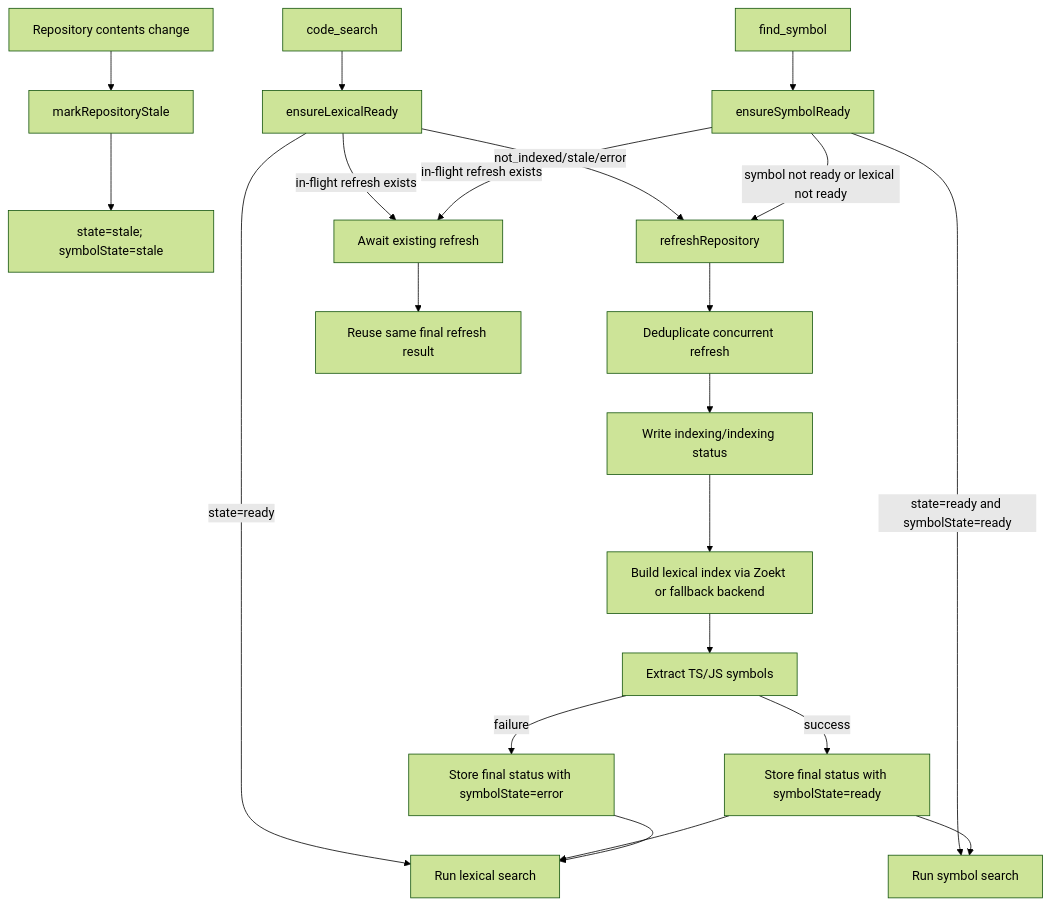
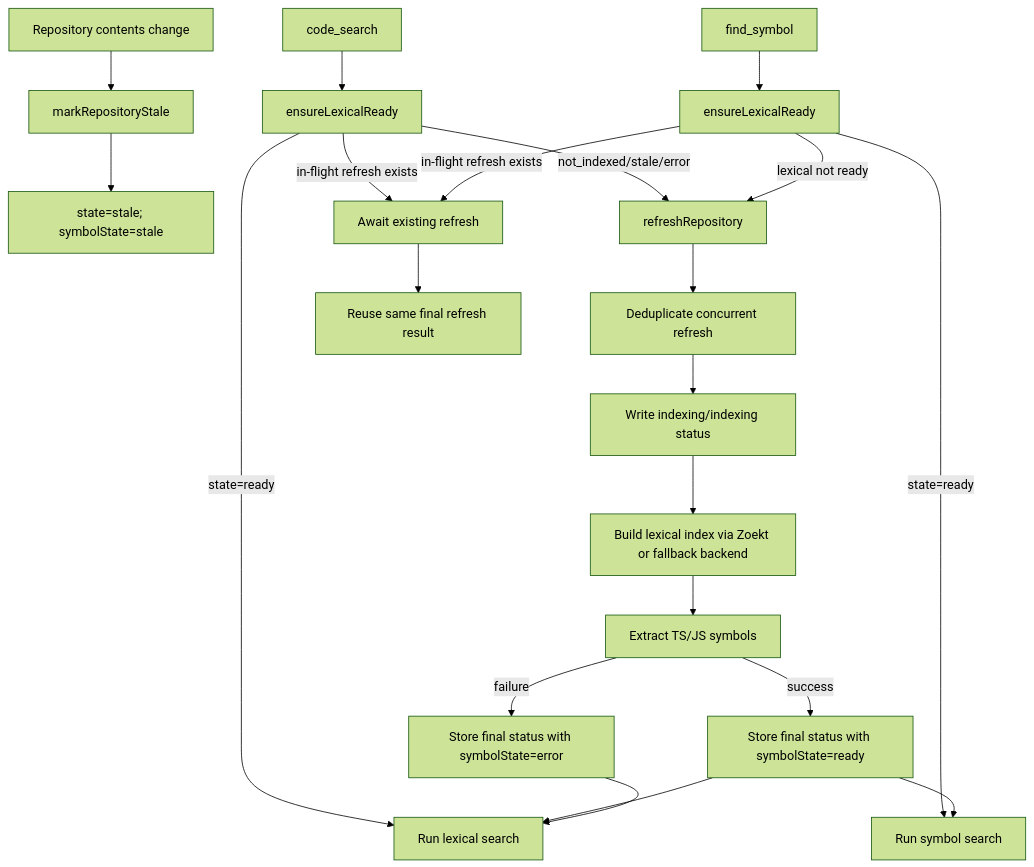
One commit to cAtAphrACtCtl/CodeAtlas changed the first of 2 diagrams in docs/architecture.md. Above: the diagram before and after it, drawn with Mermaid (forest theme). The commit also changed other lines of this file and 9 other files, not shown here.

````diff
--- a/docs/architecture.md
+++ b/docs/architecture.md
@@ -251,28 +272,28 @@
 ```mermaid
 flowchart TD
   A[Repository contents change] --> B[markRepositoryStale]
   B --> C[state=stale; symbolState=stale]
 
   D[code_search] --> E[ensureLexicalReady]
-  I[find_symbol] --> J[ensureSymbolReady]
+  I[find_symbol] --> J[ensureLexicalReady]
 
   E -->|state=ready| F[Run lexical search]
   E -->|in-flight refresh exists| K[Await existing refresh]
   E -->|not_indexed/stale/error| L[refreshRepository]
 
-  J -->|state=ready and symbolState=ready| M[Run symbol search]
+  J -->|state=ready| M[Run symbol search]
   J -->|in-flight refresh exists| K
-  J -->|symbol not ready or lexical not ready| L
+  J -->|lexical not ready| L
 
   L --> N[Deduplicate concurrent refresh]
   N --> O[Write indexing/indexing status]
   O --> P[Build lexical index via Zoekt or fallback backend]
   P --> Q[Extract TS/JS symbols]
   Q -->|success| R[Store final status with symbolState=ready]
   Q -->|failure| S[Store final status with symbolState=error]
 
   K --> T[Reuse same final refresh result]
   R --> F
   R --> M
   S --> F
 ```
````
